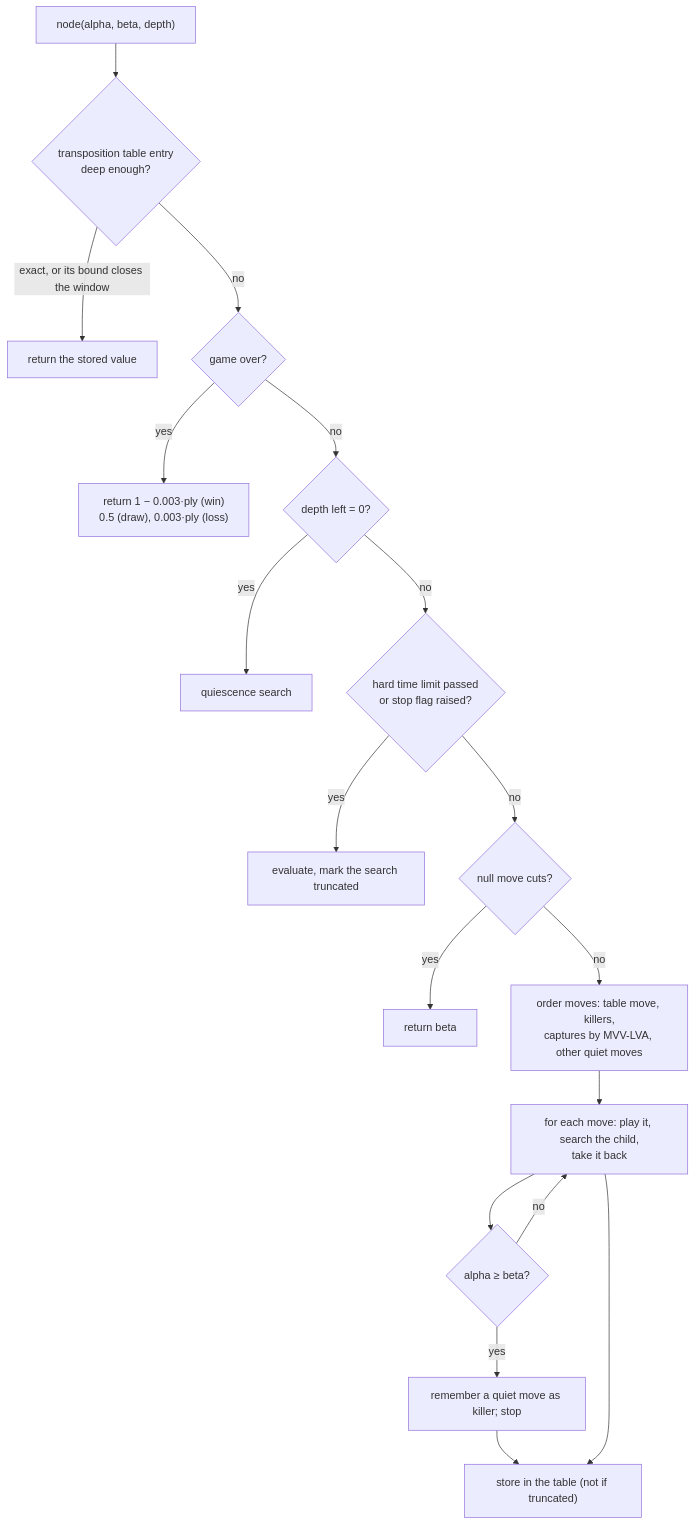
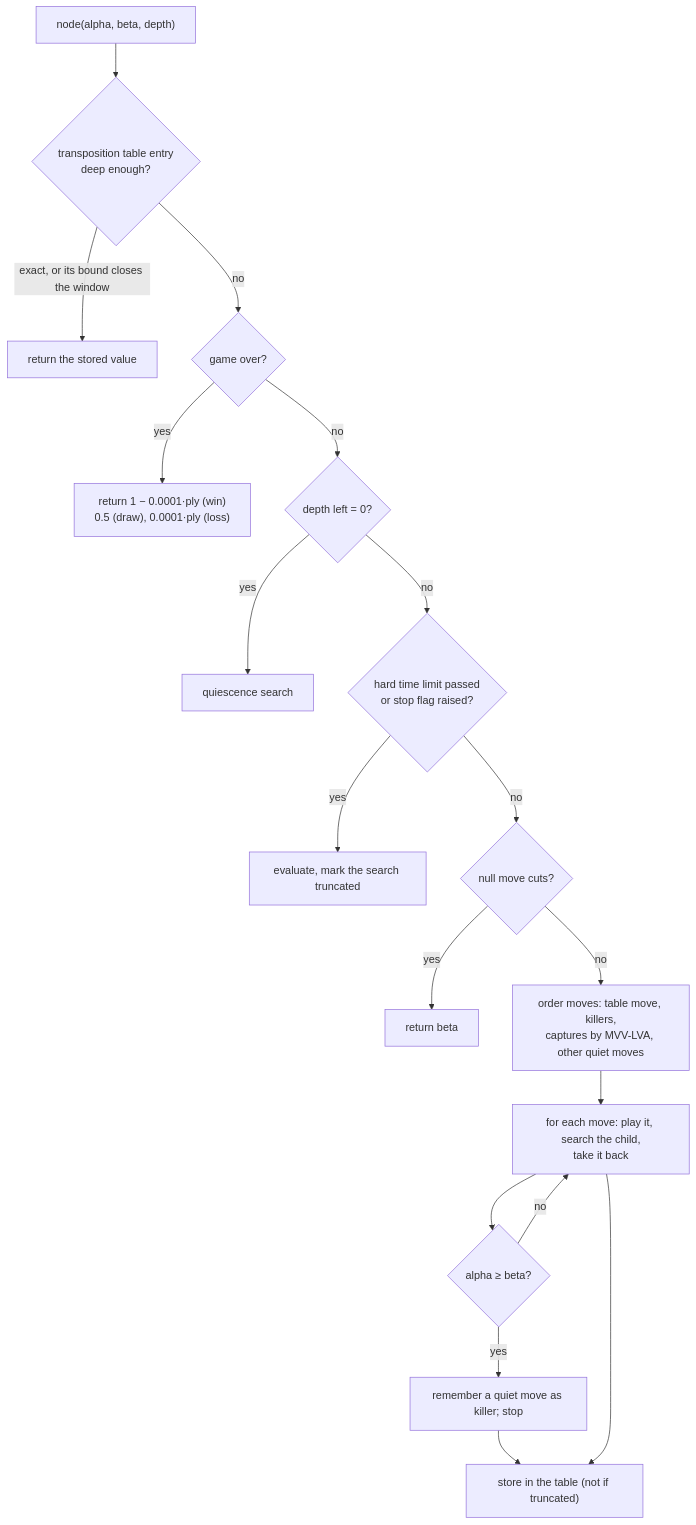
Before and after one commit to JoaquinDeVA/chess-ai-engine: the diagram in docs/SEARCH.md, drawn with Mermaid. The commit also changed other lines of this file and 2 other files, not shown here.

Commit message:
feat: scale the mate preference to 0.0001 per ply

````diff
--- a/docs/SEARCH.md
+++ b/docs/SEARCH.md
@@ -69,20 +69,20 @@
 ```mermaid
 flowchart TD
     N["node(alpha, beta, depth)"] --> T{"transposition table entry<br/>deep enough?"}
     T -- "exact, or its bound closes the window" --> R1["return the stored value"]
     T -- no --> X{"game over?"}
-    X -- yes --> R2["return 1 − 0.003·ply (win)<br/>0.5 (draw), 0.003·ply (loss)"]
+    X -- yes --> R2["return 1 − 0.0001·ply (win)<br/>0.5 (draw), 0.0001·ply (loss)"]
     X -- no --> D{"depth left = 0?"}
     D -- yes --> Q["quiescence search"]
     D -- no --> C{"hard time limit passed<br/>or stop flag raised?"}
     C -- yes --> R4["evaluate, mark the search truncated"]
     C -- no --> NM{"null move cuts?"}
     NM -- yes --> R5["return beta"]
     NM -- no --> O["order moves: table move, killers,<br/>captures by MVV-LVA, other quiet moves"]
     O --> L["for each move: play it, search the child,<br/>take it back"]
     L --> P{"alpha ≥ beta?"}
     P -- yes --> K["remember a quiet move as killer; stop"]
     P -- no --> L
     K --> S["store in the table (not if truncated)"]
     L --> S
 ```
````
